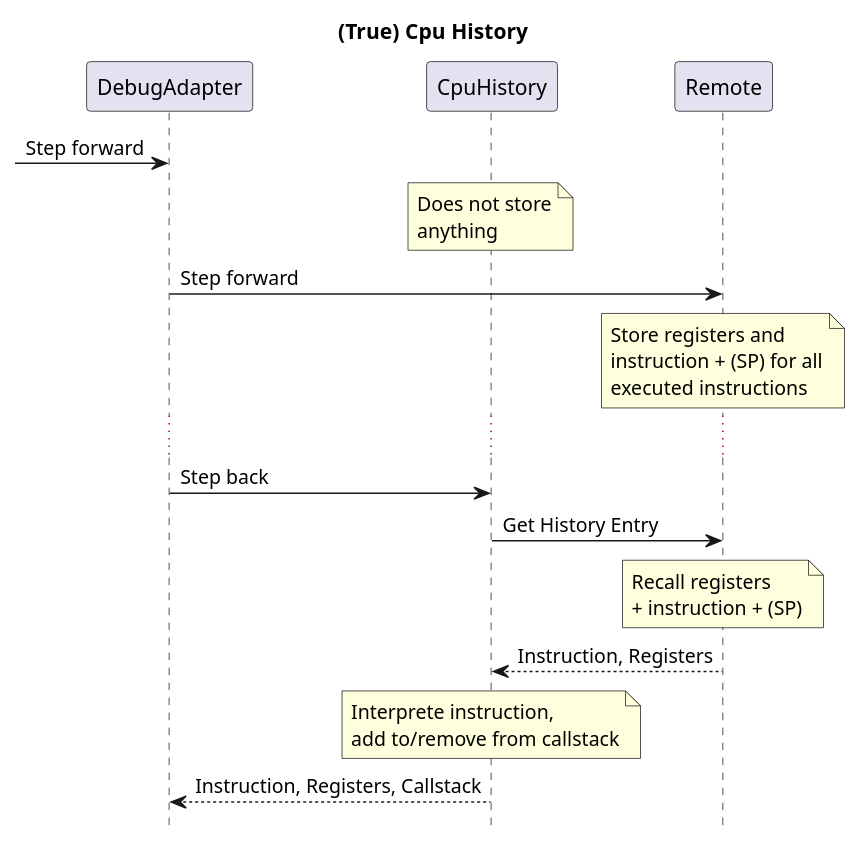
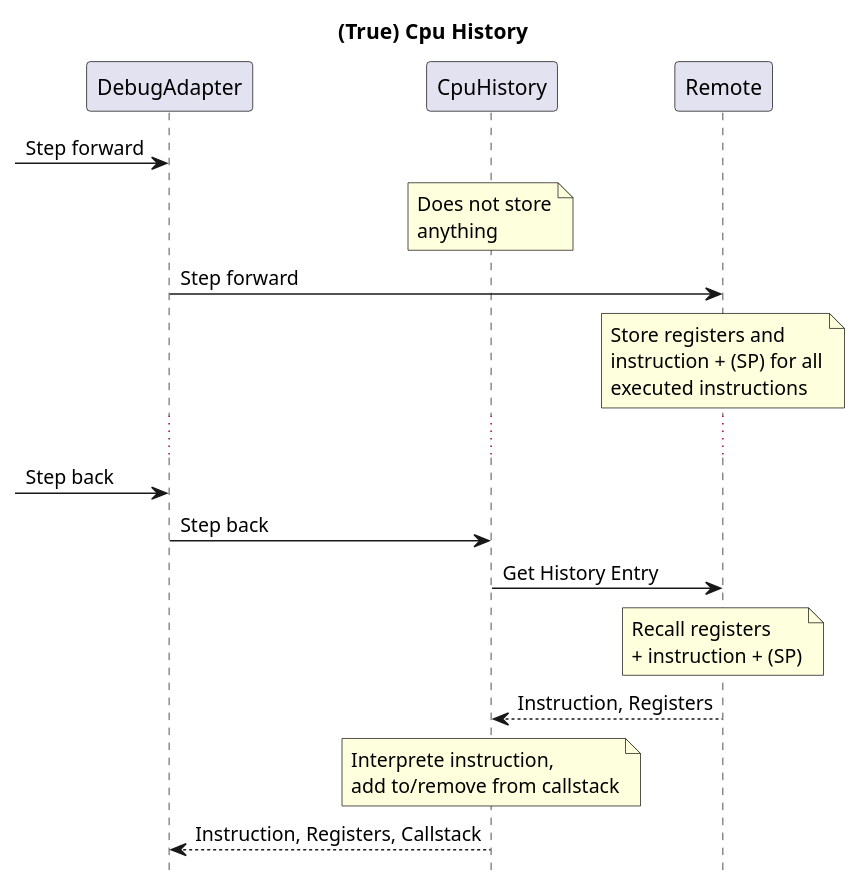
One commit to maziac/DeZog changed the second of 4 diagrams in design/reversedebugging.md. Above: the diagram before and after it, drawn with PlantUML. The commit also changed other lines of this file, not shown here.

````diff
--- a/design/reversedebugging.md
+++ b/design/reversedebugging.md
@@ -44,19 +44,20 @@
 ```puml
 hide footbox
 title (True) Cpu History
 
 participant DebugAdapter
 participant CpuHistory
 
 -> DebugAdapter: Step forward
 note over CpuHistory: Does not store\nanything
 DebugAdapter -> Remote: Step forward
 note over Remote: Store registers and \ninstruction + (SP) for all\nexecuted instructions
 ...
+-> DebugAdapter: Step back
 DebugAdapter -> CpuHistory: Step back
 CpuHistory -> Remote: Get History Entry
 note over Remote: Recall registers\n+ instruction + (SP)
 CpuHistory <-- Remote: Instruction, Registers
 note over CpuHistory: Interprete instruction,\nadd to/remove from callstack
 DebugAdapter <-- CpuHistory: Instruction, Registers, Callstack
 ```
````
